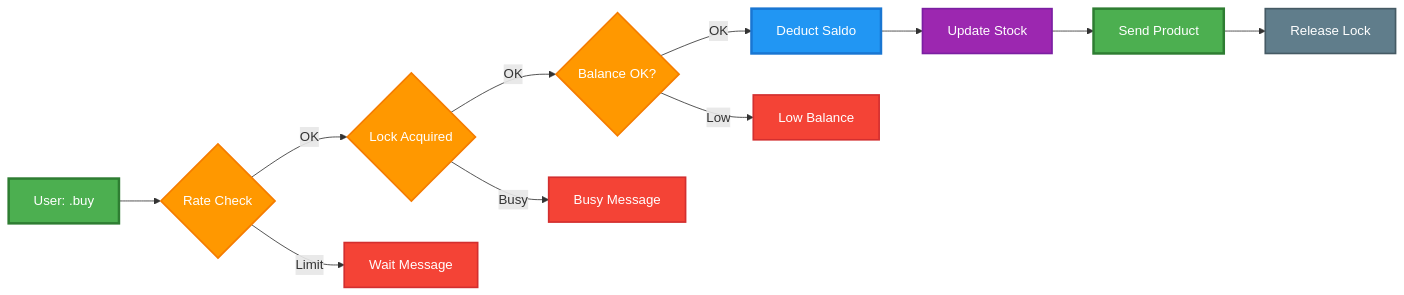
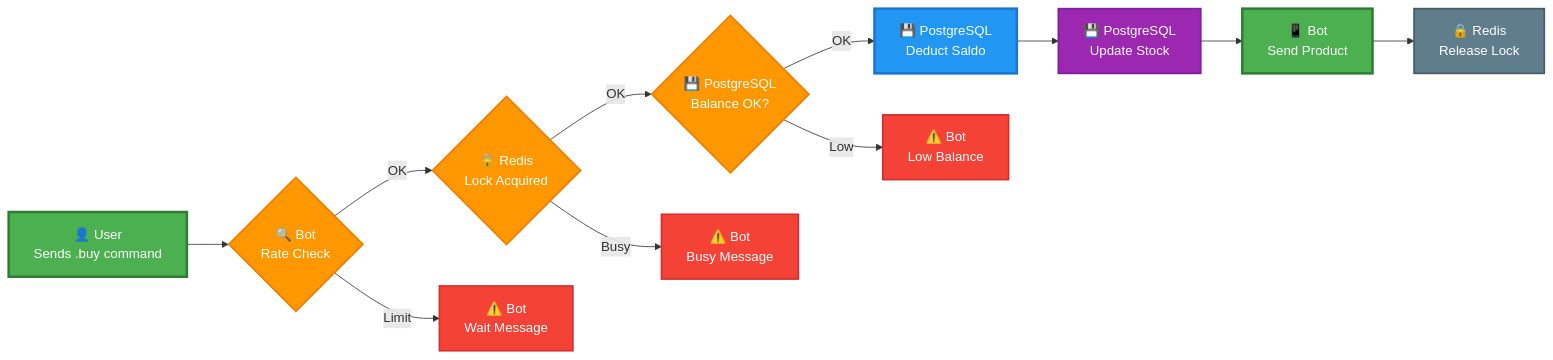
The second of 3 diagrams in README.md (nicolaananda/bot-wa), drawn with Mermaid before and after one commit. The commit also changed other lines of this file, not shown here.

First line of the commit message:
🏷️ Add component labels to payment flow diagrams

````diff
--- a/README.md
+++ b/README.md
@@ -147,25 +147,25 @@
 ```mermaid
 flowchart LR
-    A["User: .buy"] --> B{"Rate Check"}
-    B -->|"OK"| C{"Lock Acquired"}
-    B -->|"Limit"| D["Wait Message"]
-    C -->|"OK"| E{"Balance OK?"}
-    C -->|"Busy"| F["Busy Message"]
-    E -->|"OK"| G["Deduct Saldo"]
-    E -->|"Low"| H["Low Balance"]
-    G --> I["Update Stock"]
-    I --> J["Send Product"]
-    J --> K["Release Lock"]
+    A["👤 User<br/>Sends .buy command"] --> B{"🔍 Bot<br/>Rate Check"}
+    B -->|"OK"| C{"🔒 Redis<br/>Lock Acquired"}
+    B -->|"Limit"| D["⚠️ Bot<br/>Wait Message"]
+    C -->|"OK"| E{"💾 PostgreSQL<br/>Balance OK?"}
+    C -->|"Busy"| F["⚠️ Bot<br/>Busy Message"]
+    E -->|"OK"| G["💾 PostgreSQL<br/>Deduct Saldo"]
+    E -->|"Low"| H["⚠️ Bot<br/>Low Balance"]
+    G --> I["💾 PostgreSQL<br/>Update Stock"]
+    I --> J["📱 Bot<br/>Send Product"]
+    J --> K["🔒 Redis<br/>Release Lock"]
     
     style A fill:#4CAF50,stroke:#2E7D32,stroke-width:3px,color:#fff
     style B fill:#FF9800,stroke:#F57C00,stroke-width:2px,color:#fff
     style C fill:#FF9800,stroke:#F57C00,stroke-width:2px,color:#fff
     style D fill:#F44336,stroke:#D32F2F,stroke-width:2px,color:#fff
     style E fill:#FF9800,stroke:#F57C00,stroke-width:2px,color:#fff
     style F fill:#F44336,stroke:#D32F2F,stroke-width:2px,color:#fff
     style G fill:#2196F3,stroke:#1976D2,stroke-width:3px,color:#fff
     style H fill:#F44336,stroke:#D32F2F,stroke-width:2px,color:#fff
     style I fill:#9C27B0,stroke:#7B1FA2,stroke-width:2px,color:#fff
     style J fill:#4CAF50,stroke:#2E7D32,stroke-width:3px,color:#fff
     style K fill:#607D8B,stroke:#455A64,stroke-width:2px,color:#fff
 ```
````
